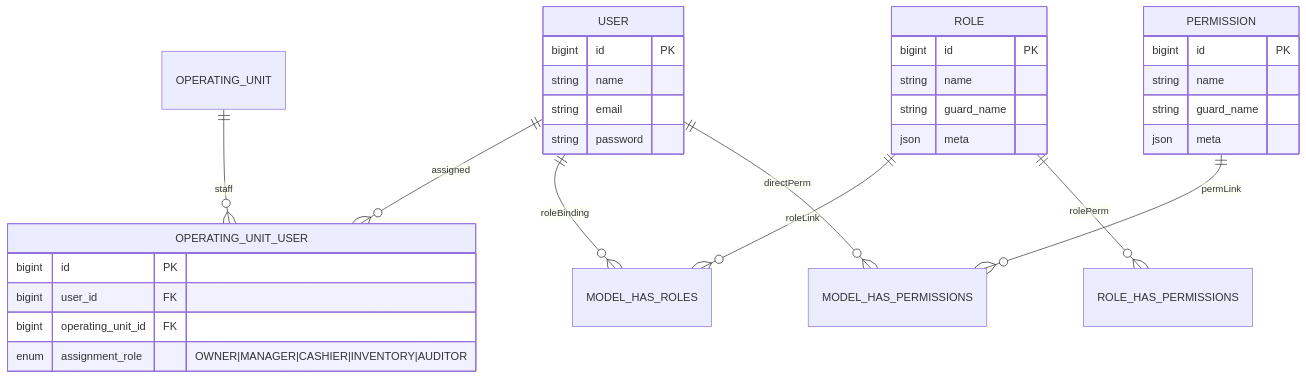
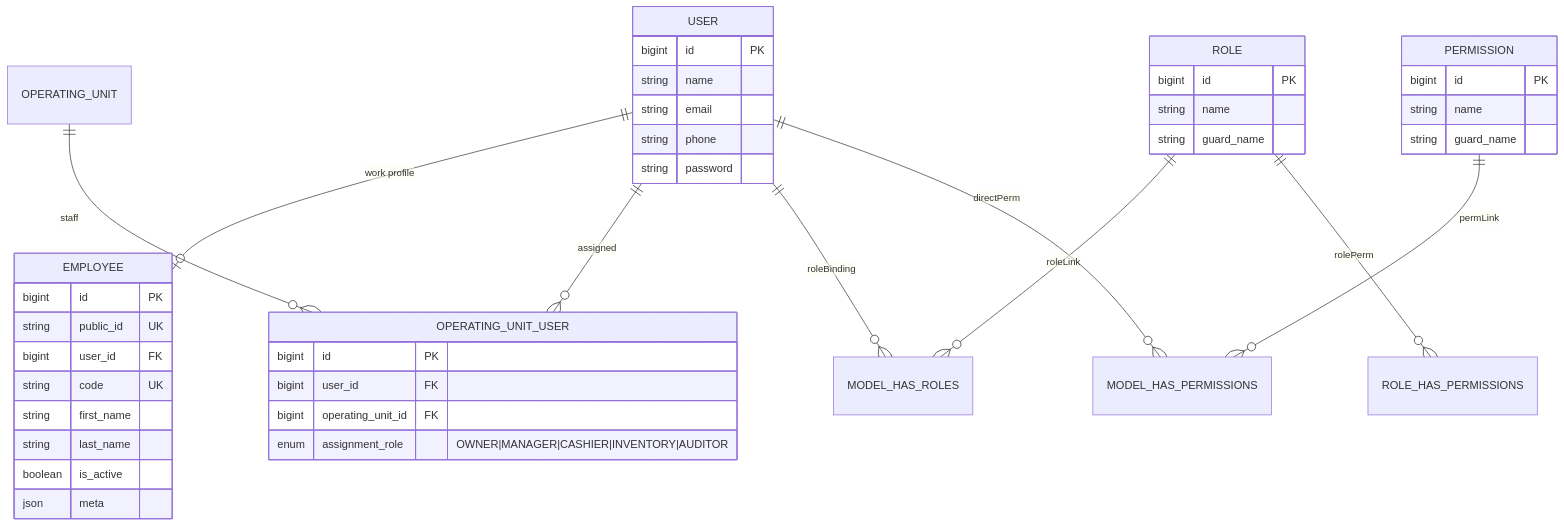
One commit to pakodiazdev/sushigo changed the first of 3 diagrams in doc/architecture/security-and-user-system-architecture.en.md. Above: the diagram before and after it, drawn with Mermaid. The commit also changed other lines of this file and 31 other files, not shown here.

````diff
--- a/doc/architecture/security-and-user-system-architecture.en.md
+++ b/doc/architecture/security-and-user-system-architecture.en.md
@@ -22,38 +35,49 @@
 ```mermaid
 erDiagram
+  USER ||--o| EMPLOYEE : "work profile"
   USER ||--o{ OPERATING_UNIT_USER : assigned
   OPERATING_UNIT ||--o{ OPERATING_UNIT_USER : staff
   USER ||--o{ MODEL_HAS_ROLES : roleBinding
   ROLE ||--o{ MODEL_HAS_ROLES : roleLink
   USER ||--o{ MODEL_HAS_PERMISSIONS : directPerm
   PERMISSION ||--o{ MODEL_HAS_PERMISSIONS : permLink
   ROLE ||--o{ ROLE_HAS_PERMISSIONS : rolePerm
 
   USER {
     bigint id PK
     string name
     string email
+    string phone
     string password
+  }
+
+  EMPLOYEE {
+    bigint id PK
+    string public_id UK
+    bigint user_id FK
+    string code UK
+    string first_name
+    string last_name
+    boolean is_active
+    json meta
   }
 
   OPERATING_UNIT_USER {
     bigint id PK
     bigint user_id FK
     bigint operating_unit_id FK
     enum assignment_role "OWNER|MANAGER|CASHIER|INVENTORY|AUDITOR"
   }
 
   ROLE {
     bigint id PK
     string name
     string guard_name
-    json meta
   }
 
   PERMISSION {
     bigint id PK
     string name
     string guard_name
-    json meta
   }
 ```
````
